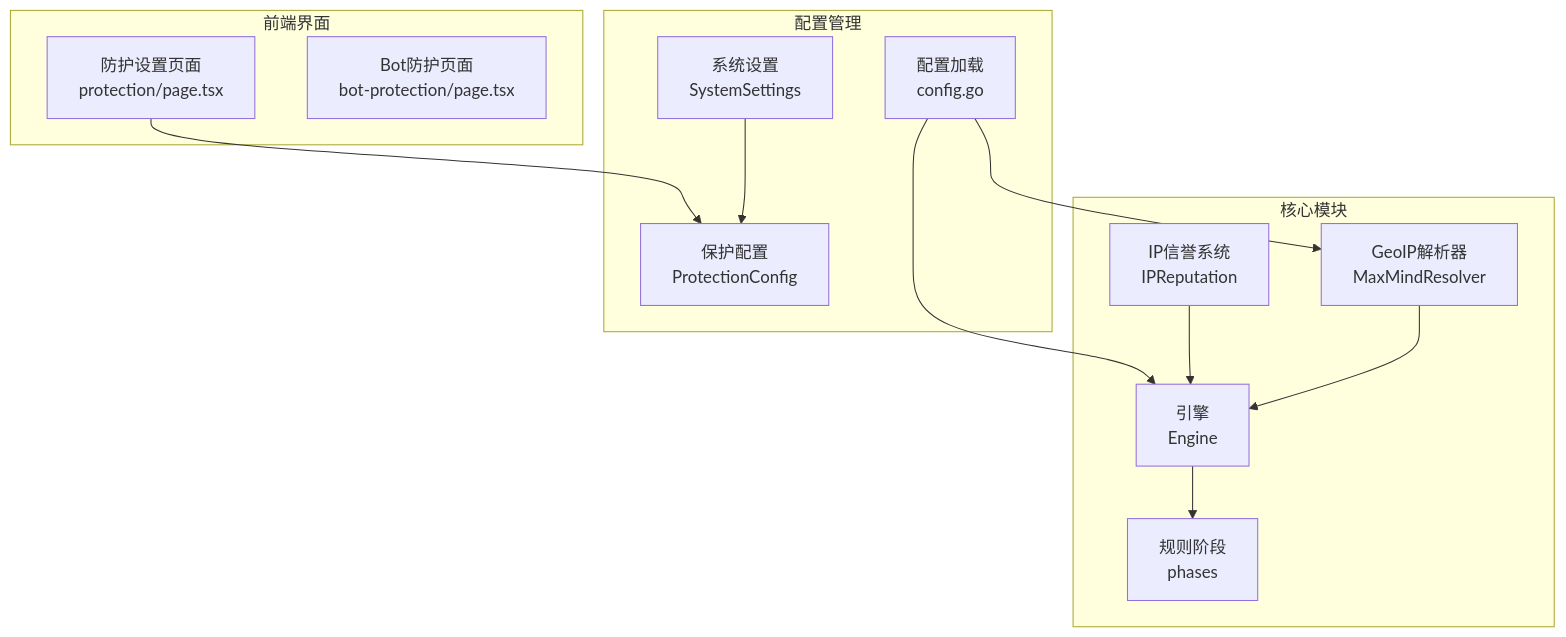
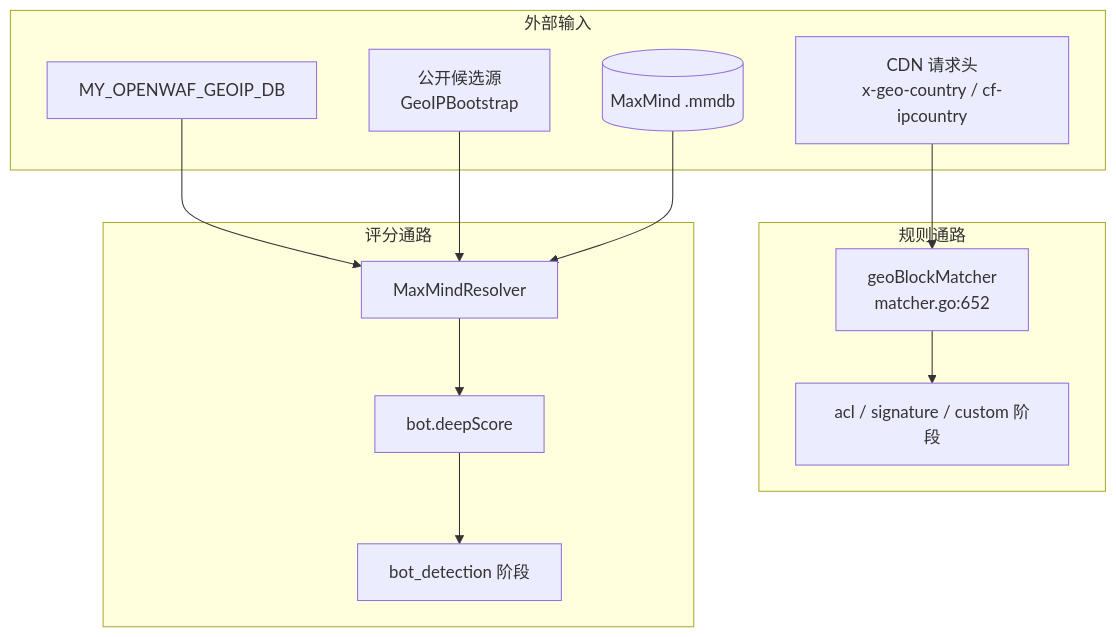
Before and after one commit to x01n/My-OpenWaf: the first of 4 diagrams in docs/安全防护功能/地理位置阻断.md, drawn with Mermaid. The commit also changed other lines of this file and 622 other files, not shown here.

````diff
--- a/docs/安全防护功能/地理位置阻断.md
+++ b/docs/安全防护功能/地理位置阻断.md
@@ -37,25 +76,23 @@
 ```mermaid
 graph TB
-subgraph "核心模块"
-A[GeoIP解析器<br/>MaxMindResolver]
-B[IP信誉系统<br/>IPReputation]
-C[引擎<br/>Engine]
-D[规则阶段<br/>phases]
+subgraph "外部输入"
+CDN["CDN 请求头<br/>x-geo-country / cf-ipcountry"]
+MMDB[("MaxMind .mmdb")]
+ENV["MY_OPENWAF_GEOIP_DB"]
+BOOT["公开候选源<br/>GeoIPBootstrap"]
 end
-subgraph "配置管理"
-E[配置加载<br/>config.go]
-F[系统设置<br/>SystemSettings]
-G[保护配置<br/>ProtectionConfig]
+subgraph "规则通路"
+GBM["geoBlockMatcher<br/>matcher.go:652"]
+PHC["acl / signature / custom 阶段"]
 end
-subgraph "前端界面"
-H[防护设置页面<br/>protection/page.tsx]
-I[Bot防护页面<br/>bot-protection/page.tsx]
+subgraph "评分通路"
+MR["MaxMindResolver"]
+DS["bot.deepScore"]
+BP["bot_detection 阶段"]
 end
-A --> C
-B --> C
-C --> D
-E --> A
-E --> C
-F --> G
-H --> G
+CDN --> GBM --> PHC
+ENV --> MR
+BOOT --> MR
+MMDB --> MR
+MR --> DS --> BP
 ```
````
